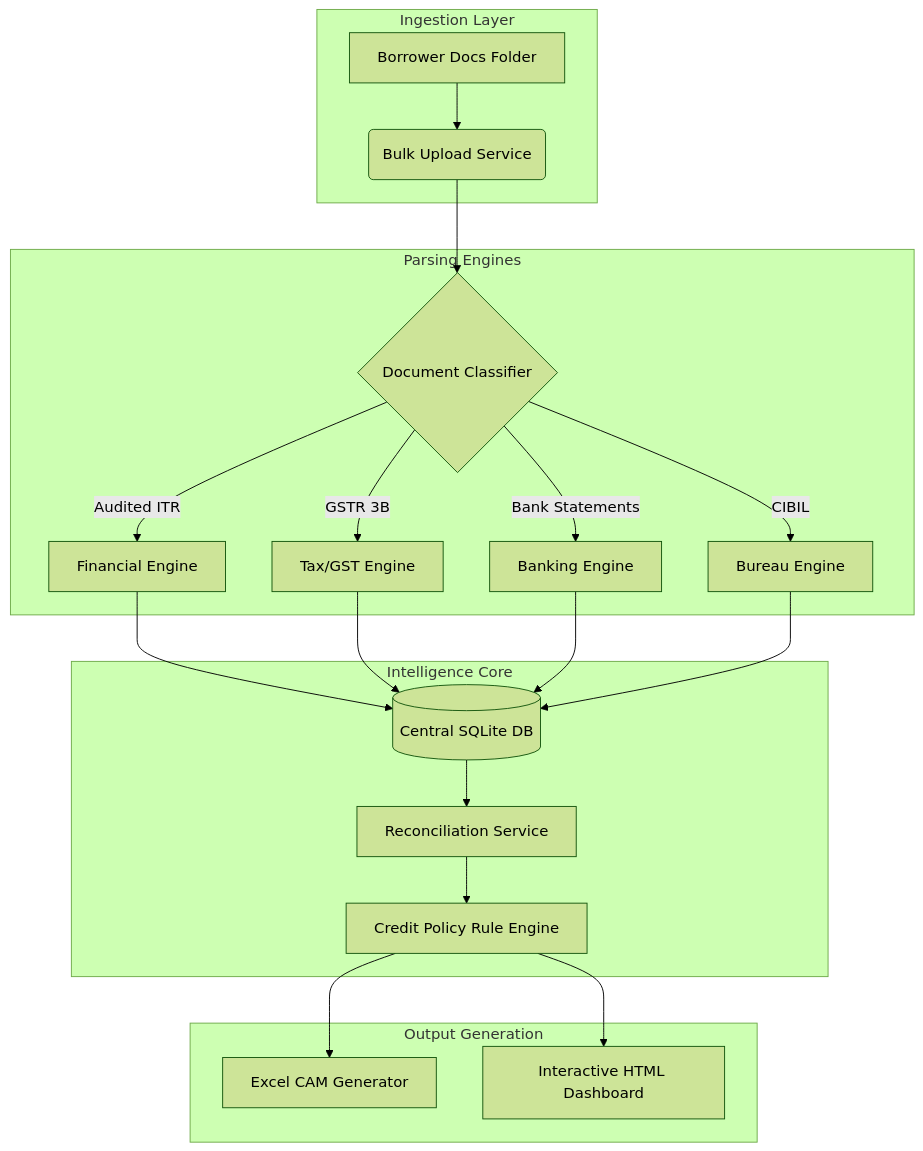
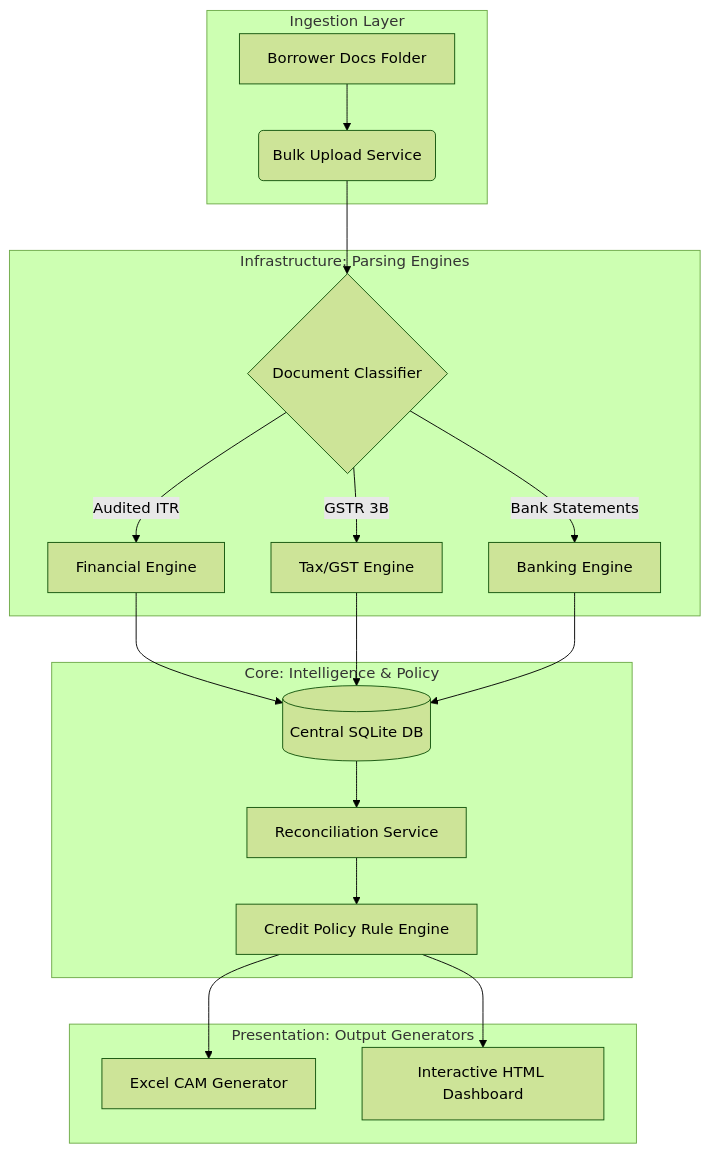
Before and after one commit to snaram-hash/Sasidhar_Projects: the diagram in README.md, drawn with Mermaid (forest theme). The commit also changed other lines of this file and 10 other files, not shown here.

Commit message:
10/10 Portfolio Transformation: Adds module deep-dives, architectural decisions, and the portfolio website foundation

````diff
--- a/README.md
+++ b/README.md
@@ -53,25 +94,24 @@
 ```mermaid
 flowchart TD
     subgraph Ingestion Layer
         A[Borrower Docs Folder] --> B(Bulk Upload Service)
     end
 
-    subgraph Parsing Engines
+    subgraph Infrastructure: Parsing Engines
         B --> C{Document Classifier}
         C -->|Audited ITR| D[Financial Engine]
         C -->|GSTR 3B| E[Tax/GST Engine]
         C -->|Bank Statements| F[Banking Engine]
-        C -->|CIBIL| G[Bureau Engine]
     end
 
-    subgraph Intelligence Core
-        D & E & F & G --> H[(Central SQLite DB)]
+    subgraph Core: Intelligence & Policy
+        D & E & F --> H[(Central SQLite DB)]
         H --> I[Reconciliation Service]
         I --> J[Credit Policy Rule Engine]
     end
 
-    subgraph Output Generation
+    subgraph Presentation: Output Generators
         J --> K[Excel CAM Generator]
         J --> L[Interactive HTML Dashboard]
     end
 ```
````
